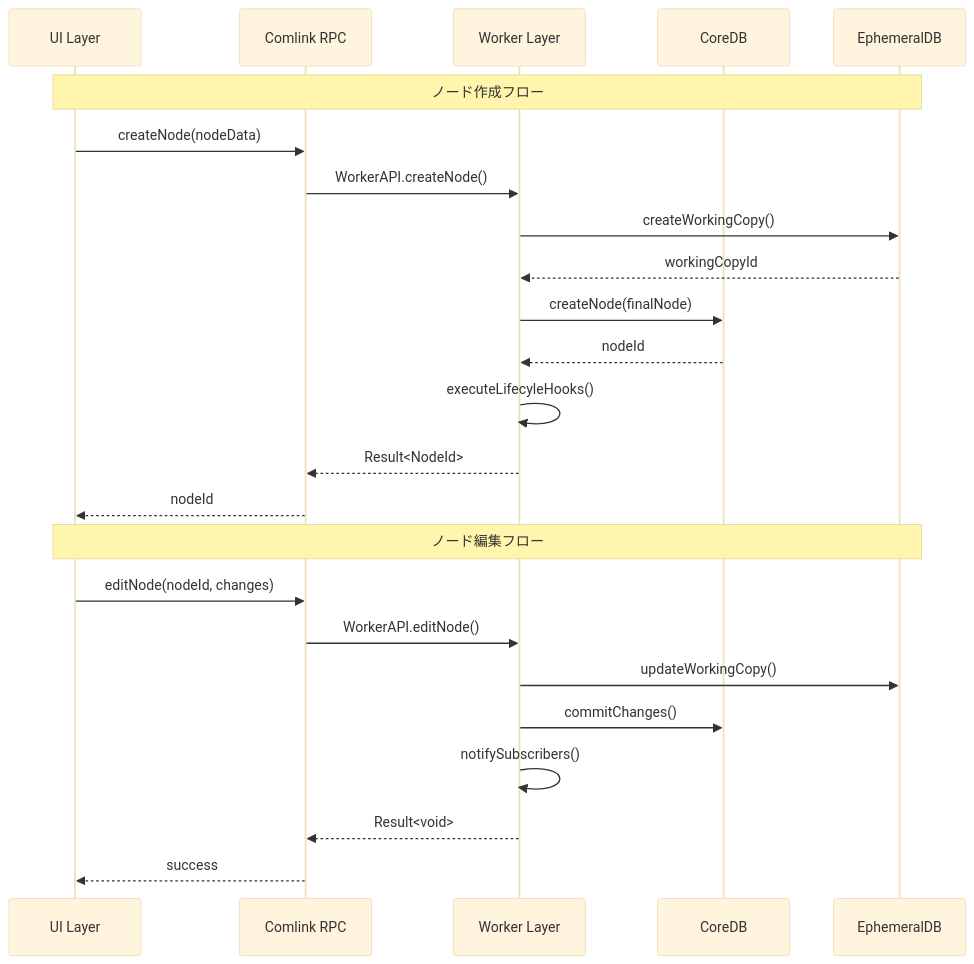
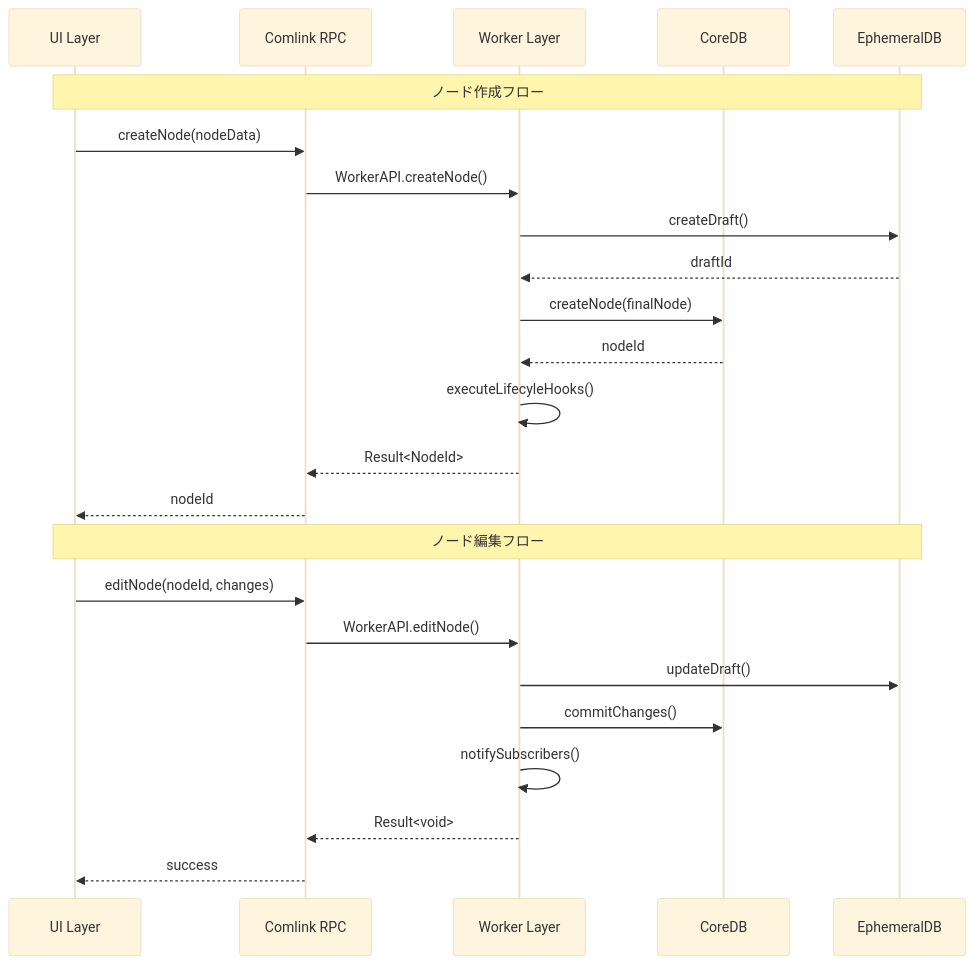
Before and after one commit to kubohiroya/hierarchidb: the second of 7 diagrams in docs/DEVELOPER_REPORT_COMPREHENSIVE/04_DESIGN.md, drawn with Mermaid (base theme). The commit also changed 796 other files, not shown here.

````diff
--- a/docs/DEVELOPER_REPORT_COMPREHENSIVE/04_DESIGN.md
+++ b/docs/DEVELOPER_REPORT_COMPREHENSIVE/04_DESIGN.md
@@ -70,28 +70,28 @@
 ```mermaid
 sequenceDiagram
     participant UI as UI Layer
     participant RPC as Comlink RPC
     participant Worker as Worker Layer
     participant CoreDB as CoreDB
     participant EphemeralDB as EphemeralDB
     
     Note over UI,EphemeralDB: ノード作成フロー
     UI->>RPC: createNode(nodeData)
     RPC->>Worker: WorkerAPI.createNode()
-    Worker->>EphemeralDB: createWorkingCopy()
-    EphemeralDB-->>Worker: workingCopyId
+    Worker->>EphemeralDB: createDraft()
+    EphemeralDB-->>Worker: draftId
     Worker->>CoreDB: createNode(finalNode)
     CoreDB-->>Worker: nodeId
     Worker->>Worker: executeLifecyleHooks()
     Worker-->>RPC: Result<NodeId>
     RPC-->>UI: nodeId
     
     Note over UI,EphemeralDB: ノード編集フロー
     UI->>RPC: editNode(nodeId, changes)
     RPC->>Worker: WorkerAPI.editNode()
-    Worker->>EphemeralDB: updateWorkingCopy()
+    Worker->>EphemeralDB: updateDraft()
     Worker->>CoreDB: commitChanges()
     Worker->>Worker: notifySubscribers()
     Worker-->>RPC: Result<void>
     RPC-->>UI: success
 ```
````
